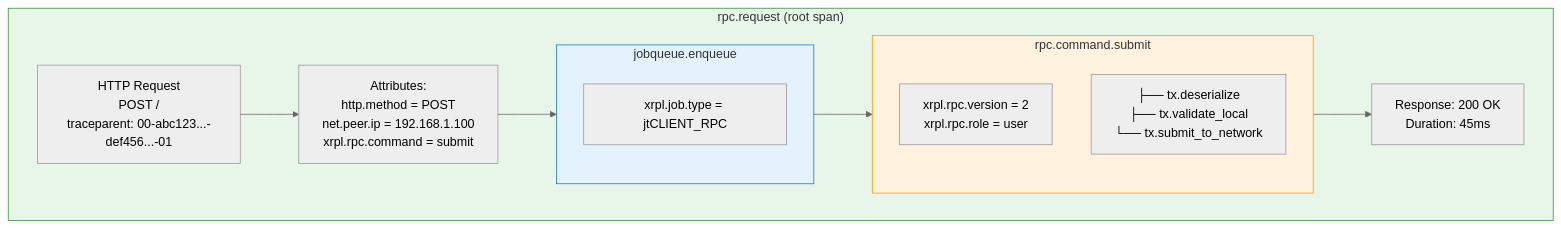
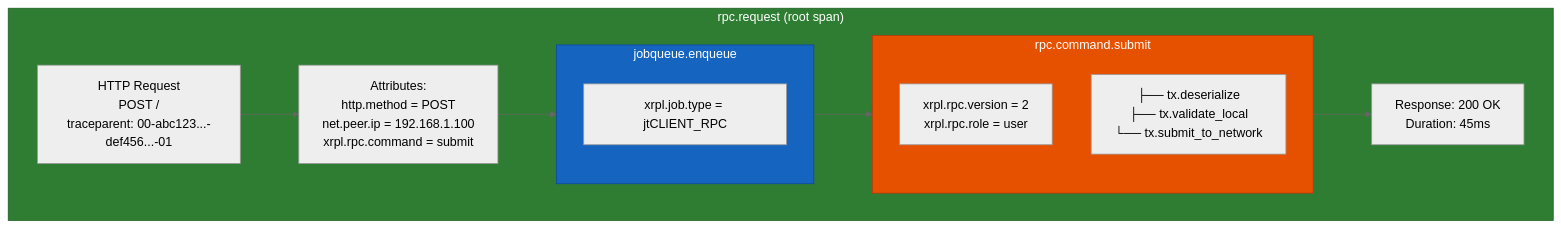
The fourth of 6 diagrams in OpenTelemetryPlan/01-architecture-analysis.md (XRPL-Node/rippled), drawn with Mermaid (neutral theme) before and after one commit. The commit also changed other lines of this file and 8 other files, not shown here.

````diff
--- a/OpenTelemetryPlan/01-architecture-analysis.md
+++ b/OpenTelemetryPlan/01-architecture-analysis.md
@@ -151,28 +151,28 @@
 ```mermaid
 flowchart TB
     subgraph request["rpc.request (root span)"]
         http["HTTP Request<br/>POST /<br/>traceparent: 00-abc123...-def456...-01"]
 
         attrs["Attributes:<br/>http.method = POST<br/>net.peer.ip = 192.168.1.100<br/>xrpl.rpc.command = submit"]
 
         subgraph enqueue["jobqueue.enqueue"]
             job_attr["xrpl.job.type = jtCLIENT_RPC"]
         end
 
         subgraph command["rpc.command.submit"]
             cmd_attrs["xrpl.rpc.version = 2<br/>xrpl.rpc.role = user"]
             cmd_children["├── tx.deserialize<br/>├── tx.validate_local<br/>└── tx.submit_to_network"]
         end
 
         response["Response: 200 OK<br/>Duration: 45ms"]
 
         http --> attrs
         attrs --> enqueue
         enqueue --> command
         command --> response
     end
 
-    style request fill:#e8f5e9,stroke:#388e3c
-    style enqueue fill:#e3f2fd,stroke:#1976d2
-    style command fill:#fff3e0,stroke:#ff9800
+    style request fill:#2e7d32,stroke:#1b5e20,color:#ffffff
+    style enqueue fill:#1565c0,stroke:#0d47a1,color:#ffffff
+    style command fill:#e65100,stroke:#bf360c,color:#ffffff
 ```
````
